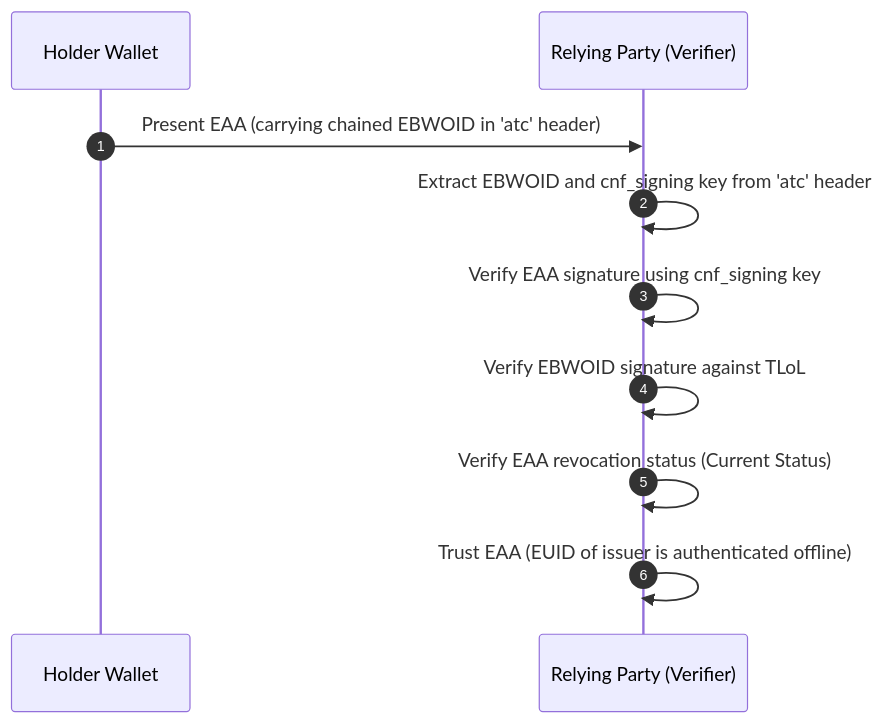
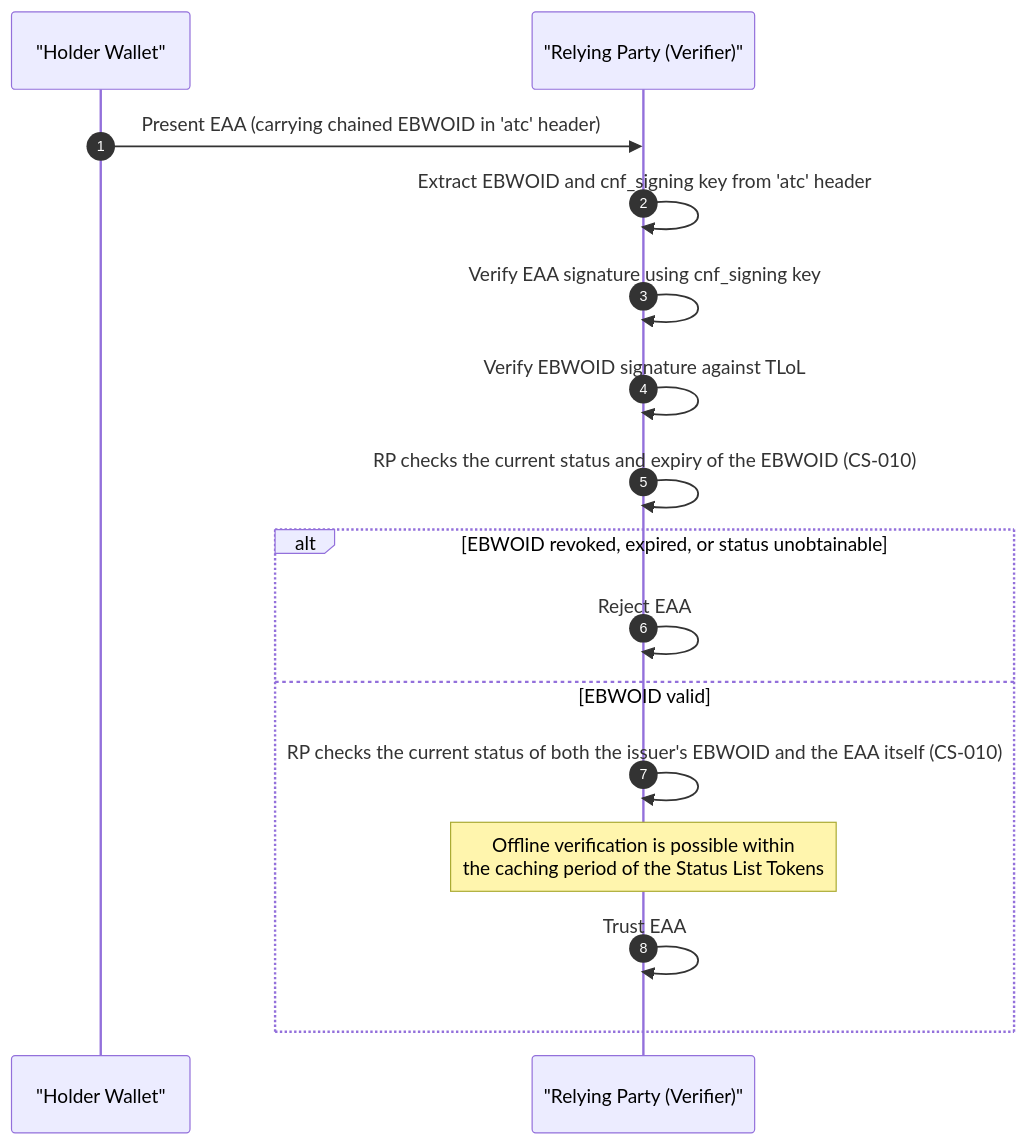
One commit to webuild-consortium/wp4-architecture changed the third of 3 diagrams in conformance-specs/cs-21-attestation-chaining.md. Above: the diagram before and after it, drawn with Mermaid. The commit also changed other lines of this file, not shown here.

````diff
--- a/conformance-specs/cs-21-attestation-chaining.md
+++ b/conformance-specs/cs-21-attestation-chaining.md
@@ -139,12 +147,18 @@
 ```mermaid
 sequenceDiagram
     autonumber
-    participant HW as Holder Wallet
-    participant RP as Relying Party (Verifier)
+    participant HW as "Holder Wallet"
+    participant RP as "Relying Party (Verifier)"
     HW->>RP: Present EAA (carrying chained EBWOID in 'atc' header)
     RP->>RP: Extract EBWOID and cnf_signing key from 'atc' header
     RP->>RP: Verify EAA signature using cnf_signing key
     RP->>RP: Verify EBWOID signature against TLoL
-    RP->>RP: Verify EAA revocation status (Current Status)
-    RP->>RP: Trust EAA (EUID of issuer is authenticated offline)
+    RP->>RP: RP checks the current status and expiry of the EBWOID (CS-010)
+    alt EBWOID revoked, expired, or status unobtainable
+        RP->>RP: Reject EAA
+    else EBWOID valid
+        RP->>RP: RP checks the current status of both the issuer's EBWOID and the EAA itself (CS-010)
+        Note over RP: Offline verification is possible within<br/>the caching period of the Status List Tokens
+        RP->>RP: Trust EAA
+    end
 ```
````
